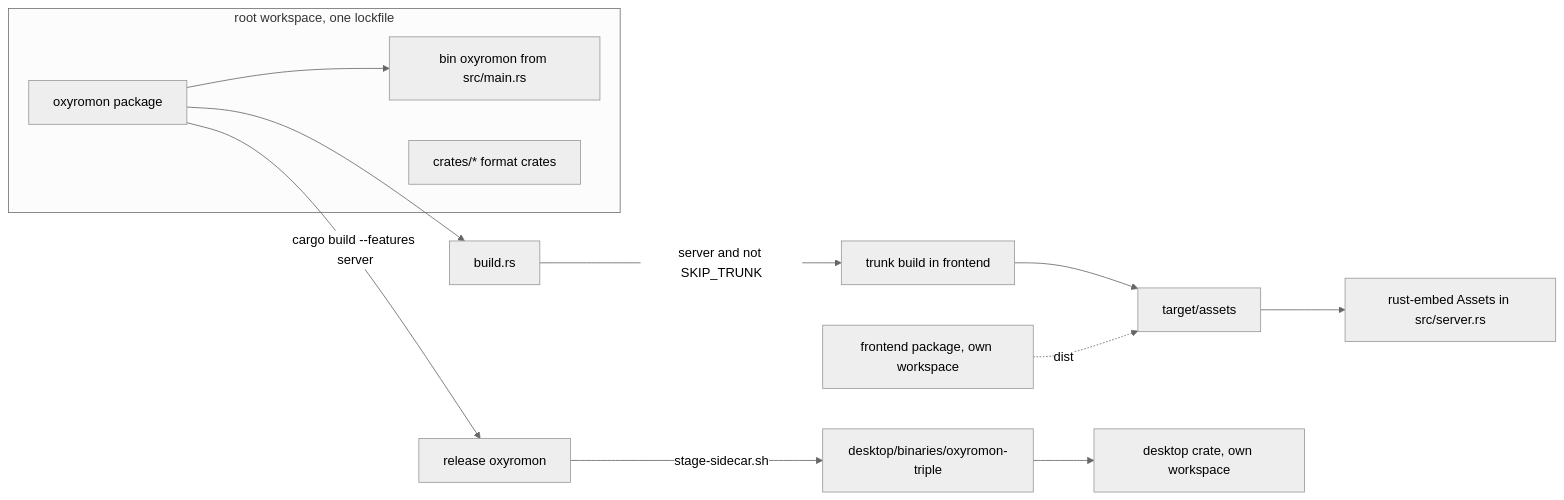
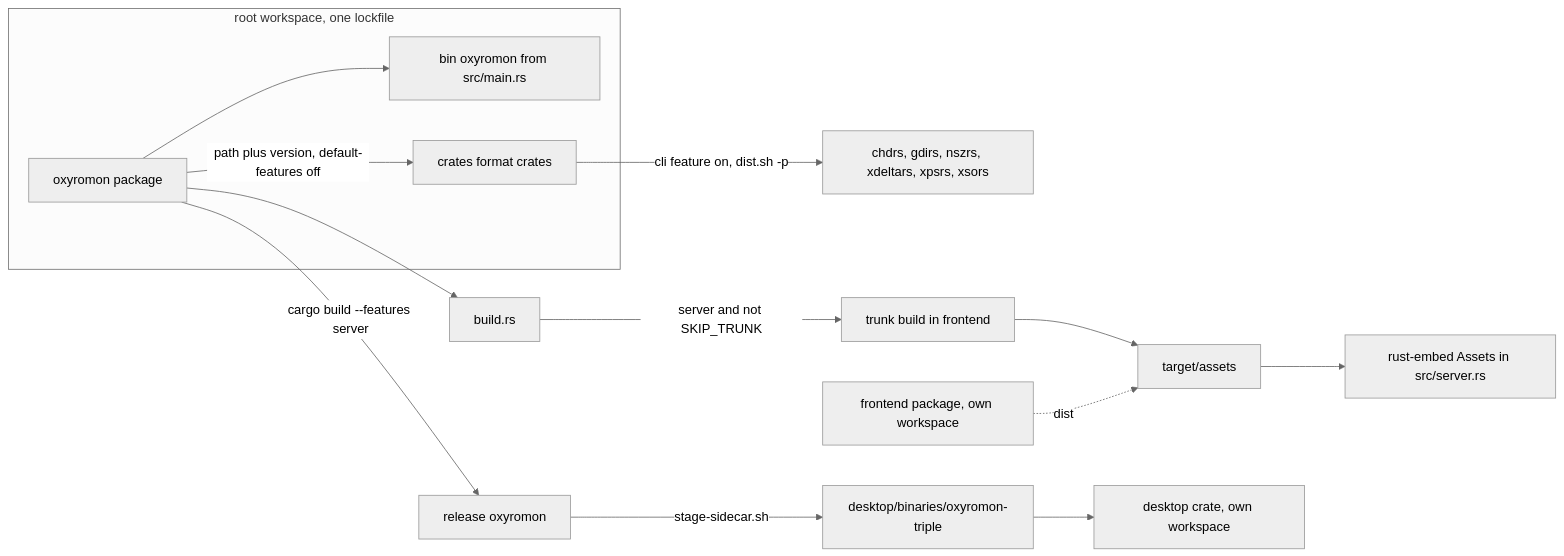
Before and after one commit to alucryd/oxyromon: the second of 3 diagrams in openwiki/architecture/feature-flags-and-build-topology.md, drawn with Mermaid (neutral theme). The commit also changed other lines of this file and 69 other files, not shown here.

````diff
--- a/openwiki/architecture/feature-flags-and-build-topology.md
+++ b/openwiki/architecture/feature-flags-and-build-topology.md
@@ -323,15 +393,17 @@
 ```mermaid
 flowchart LR
   subgraph root["root workspace, one lockfile"]
     PKG["oxyromon package"] --> MAIN["bin oxyromon from src/main.rs"]
-    CRATES["crates/* format crates"]
+    CRATES["crates format crates"]
   end
+  PKG -->|"path plus version, default-features off"| CRATES
+  CRATES -->|"cli feature on, dist.sh -p"| CLI["chdrs, gdirs, nszrs, xdeltars, xpsrs, xsors"]
   PKG --> BR["build.rs"]
   BR -->|server and not SKIP_TRUNK| TRUNK["trunk build in frontend"]
   TRUNK --> ASSETS["target/assets"]
   ASSETS --> EMB["rust-embed Assets in src/server.rs"]
   FE["frontend package, own workspace"] -.->|dist| ASSETS
   PKG -->|cargo build --features server| BIN["release oxyromon"]
   BIN -->|stage-sidecar.sh| SIDECAR["desktop/binaries/oxyromon-triple"]
   SIDECAR --> DESK["desktop crate, own workspace"]
 ```
````
